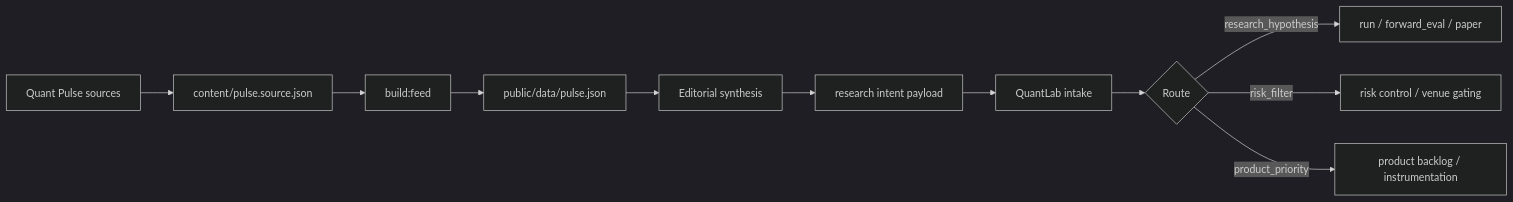
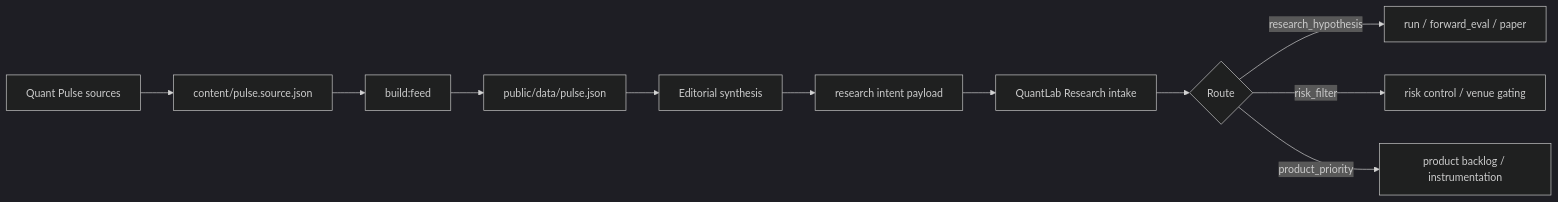
The diagram in docs/quant-pulse-quantlab-contract.md (Whiteks1/quantlab), drawn with Mermaid (dark theme) before and after one commit. The commit also changed other lines of this file and 1 other file, not shown here.

Commit message:
docs: apply QuantLab Research brand architecture

````diff
--- a/docs/quant-pulse-quantlab-contract.md
+++ b/docs/quant-pulse-quantlab-contract.md
@@ -22,13 +22,13 @@
 ```mermaid
 flowchart LR
   A["Quant Pulse sources"] --> B["content/pulse.source.json"]
   B --> C["build:feed"]
   C --> D["public/data/pulse.json"]
   D --> E["Editorial synthesis"]
   E --> F["research intent payload"]
-  F --> G["QuantLab intake"]
+  F --> G["QuantLab Research intake"]
   G --> H{"Route"}
   H -->|research_hypothesis| I["run / forward_eval / paper"]
   H -->|risk_filter| J["risk control / venue gating"]
   H -->|product_priority| K["product backlog / instrumentation"]
 ```
````
